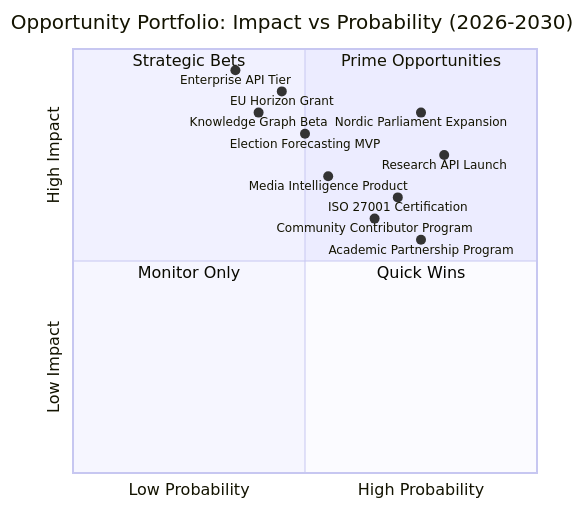
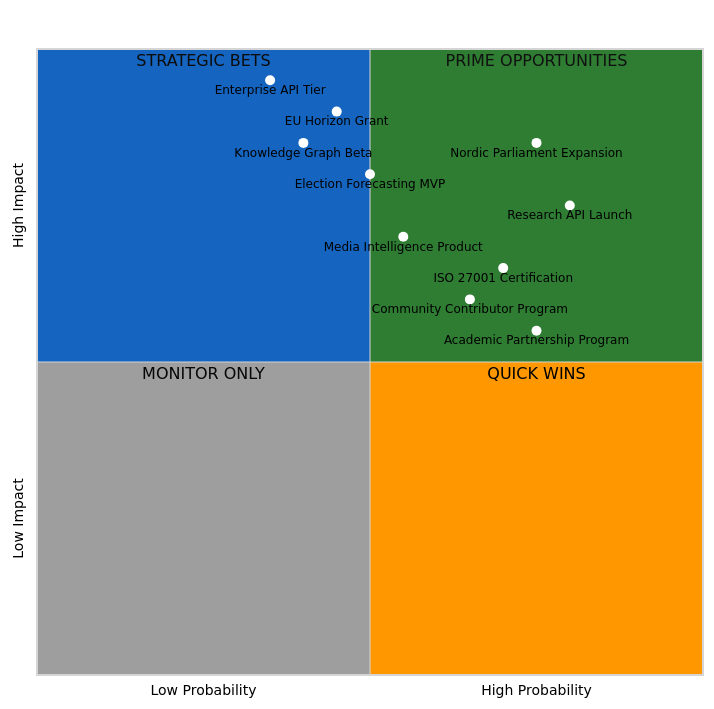
One commit to Hack23/riksdagsmonitor changed the second of 3 diagrams in FUTURE_SWOT.md. Above: the diagram before and after it, drawn with Mermaid. The commit also changed other lines of this file and 11 other files, not shown here.

First line of the commit message:
Fix broken mermaid diagrams: SWOT gantt, quadrantChart theming, init quotes, text colors

````diff
--- a/FUTURE_SWOT.md
+++ b/FUTURE_SWOT.md
@@ -679,21 +702,44 @@
 ```mermaid
+%%{init: {
+  "theme": "neutral",
+  "themeVariables": {
+    "quadrant1Fill": "#2E7D32",
+    "quadrant2Fill": "#1565C0",
+    "quadrant3Fill": "#9E9E9E",
+    "quadrant4Fill": "#FF9800",
+    "quadrantTitleFill": "#ffffff",
+    "quadrantPointFill": "#ffffff",
+    "quadrantPointTextFill": "#000000",
+    "quadrantXAxisTextFill": "#000000",
+    "quadrantYAxisTextFill": "#000000"
+  },
+  "quadrantChart": {
+    "chartWidth": 700,
+    "chartHeight": 700,
+    "pointLabelFontSize": 12,
+    "titleFontSize": 20,
+    "quadrantLabelFontSize": 16,
+    "xAxisLabelFontSize": 14,
+    "yAxisLabelFontSize": 14
+  }
+}}%%
 quadrantChart
-    title Opportunity Portfolio: Impact vs Probability (2026-2030)
+    title Opportunity Portfolio Impact vs Probability 2026-2030
     x-axis Low Probability --> High Probability
     y-axis Low Impact --> High Impact
-    quadrant-1 Prime Opportunities
-    quadrant-2 Strategic Bets
-    quadrant-3 Monitor Only
-    quadrant-4 Quick Wins
+    quadrant-1 PRIME OPPORTUNITIES
+    quadrant-2 STRATEGIC BETS
+    quadrant-3 MONITOR ONLY
+    quadrant-4 QUICK WINS
 
     "Research API Launch": [0.80, 0.75]
     "Nordic Parliament Expansion": [0.75, 0.85]
     "EU Horizon Grant": [0.45, 0.90]
     "Media Intelligence Product": [0.55, 0.70]
     "ISO 27001 Certification": [0.70, 0.65]
     "Community Contributor Program": [0.65, 0.60]
     "Election Forecasting MVP": [0.50, 0.80]
     "Enterprise API Tier": [0.35, 0.95]
     "Knowledge Graph Beta": [0.40, 0.85]
     "Academic Partnership Program": [0.75, 0.55]
 ```
````
